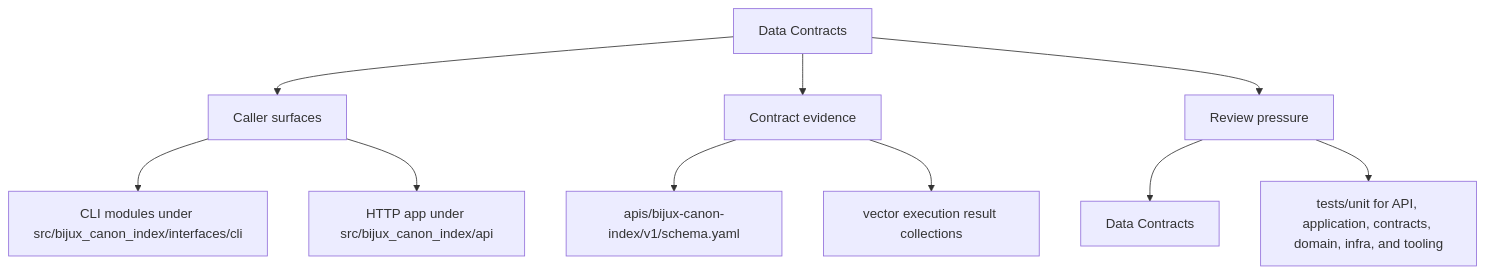
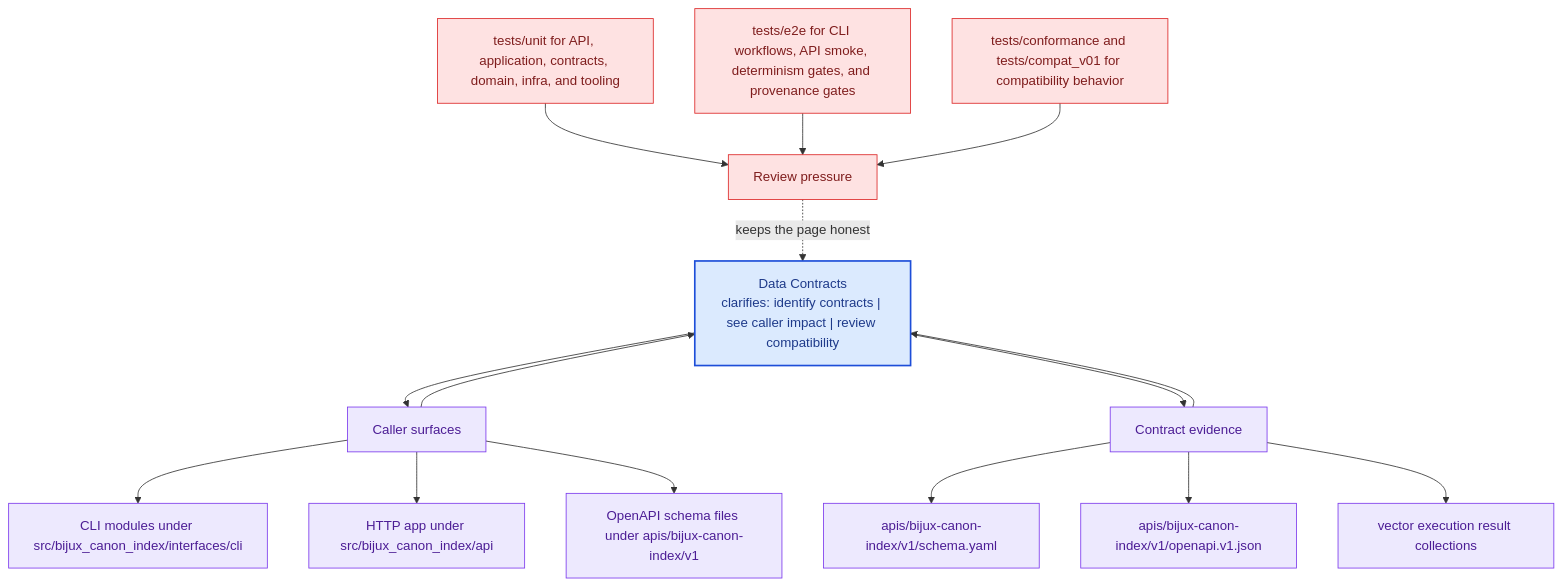
Before and after one commit to bijux/bijux-canon: the second of 2 diagrams in docs/bijux-canon-index/interfaces/data-contracts.md, drawn with Mermaid. The commit also changed other lines of this file and 281 other files, not shown here.

Commit message:
docs(diagrams): deepen handbook mermaid maps across the catalog

````diff
--- a/docs/bijux-canon-index/interfaces/data-contracts.md
+++ b/docs/bijux-canon-index/interfaces/data-contracts.md
@@ -35,22 +68,41 @@
 ```mermaid
-flowchart TD
-    page["Data Contracts"]
+flowchart TB
+    promise["Data Contracts<br/>clarifies: identify contracts | see caller impact | review compatibility"]
+    classDef promise fill:#dbeafe,stroke:#1d4ed8,color:#1e3a8a,stroke-width:2px;
+    classDef driver fill:#dcfce7,stroke:#16a34a,color:#14532d;
+    classDef constraint fill:#fee2e2,stroke:#dc2626,color:#7f1d1d;
+    classDef ground fill:#ede9fe,stroke:#7c3aed,color:#4c1d95;
     focus1["Caller surfaces"]
-    page --> focus1
+    focus1 --> promise
+    promise --> focus1
     focus1_1["CLI modules under src/bijux_canon_index/interfaces/cli"]
     focus1 --> focus1_1
     focus1_2["HTTP app under src/bijux_canon_index/api"]
     focus1 --> focus1_2
+    focus1_3["OpenAPI schema files under apis/bijux-canon-index/v1"]
+    focus1 --> focus1_3
+    class focus1 ground;
+    class focus1_1,focus1_2,focus1_3 ground;
     focus2["Contract evidence"]
-    page --> focus2
+    focus2 --> promise
+    promise --> focus2
     focus2_1["apis/bijux-canon-index/v1/schema.yaml"]
     focus2 --> focus2_1
-    focus2_2["vector execution result collections"]
+    focus2_2["apis/bijux-canon-index/v1/openapi.v1.json"]
     focus2 --> focus2_2
+    focus2_3["vector execution result collections"]
+    focus2 --> focus2_3
+    class focus2 ground;
+    class focus2_1,focus2_2,focus2_3 ground;
     focus3["Review pressure"]
-    page --> focus3
-    focus3_1["Data Contracts"]
-    focus3 --> focus3_1
-    focus3_2["tests/unit for API, application, contracts, domain, infra, and tooling"]
-    focus3 --> focus3_2
+    focus3 -.keeps the page honest.-> promise
+    focus3_1["tests/unit for API, application, contracts, domain, infra, and tooling"]
+    focus3_1 --> focus3
+    focus3_2["tests/e2e for CLI workflows, API smoke, determinism gates, and provenance gates"]
+    focus3_2 --> focus3
+    focus3_3["tests/conformance and tests/compat_v01 for compatibility behavior"]
+    focus3_3 --> focus3
+    class focus3 constraint;
+    class focus3_1,focus3_2,focus3_3 constraint;
+    class promise promise;
 ```
````
